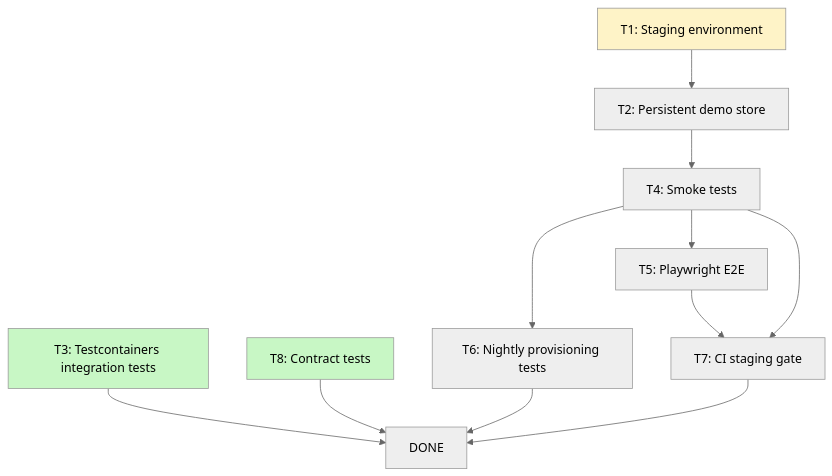
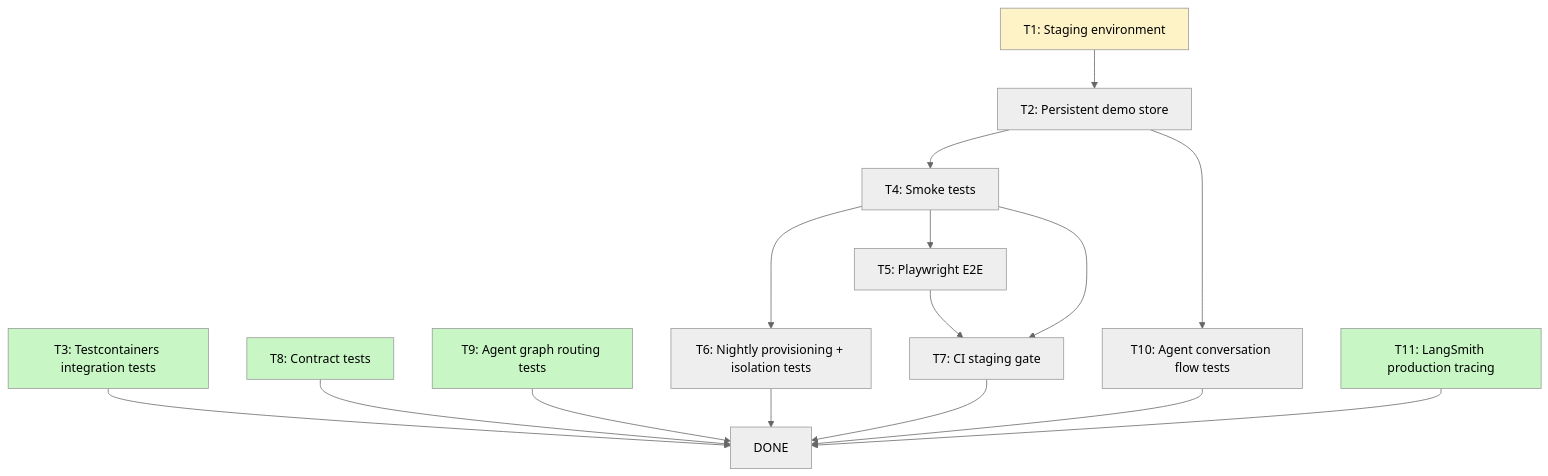
One commit to yuriolive/learning-infra changed the diagram in docs/test/IMPLEMENTATION.md. Above: the diagram before and after it, drawn with Mermaid (neutral theme). The commit also changed other lines of this file and 3 other files, not shown here.

First line of the commit message:
docs(test): add AI agentic testing strategy and implement-agent-tests skill

````diff
--- a/docs/test/IMPLEMENTATION.md
+++ b/docs/test/IMPLEMENTATION.md
@@ -9,18 +9,24 @@
 ```mermaid
 graph TD
     T3[T3: Testcontainers integration tests] --> DONE
     T8[T8: Contract tests] --> DONE
+    T9[T9: Agent graph routing tests] --> DONE
 
     T1[T1: Staging environment] --> T2
     T2[T2: Persistent demo store] --> T4
+    T2 --> T10
     T4[T4: Smoke tests] --> T5
     T4 --> T6
     T5[T5: Playwright E2E] --> T7
     T4 --> T7
-    T6[T6: Nightly provisioning tests] --> DONE
+    T6[T6: Nightly provisioning + isolation tests] --> DONE
     T7[T7: CI staging gate] --> DONE
+    T10[T10: Agent conversation flow tests] --> DONE
+    T11[T11: LangSmith production tracing] --> DONE
 
     style T3 fill:#c8f7c5
     style T8 fill:#c8f7c5
+    style T9 fill:#c8f7c5
+    style T11 fill:#c8f7c5
     style T1 fill:#fef3c7
 ```
````
